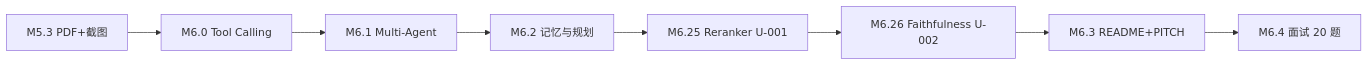
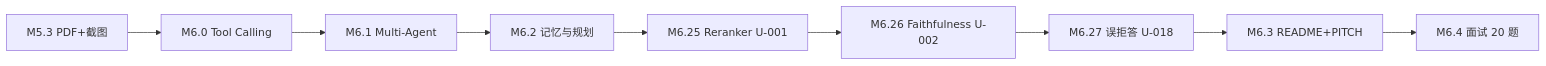
The first of 3 diagrams in docs/steps/M6-steps.md (bigcabbag/ShipLog), drawn with Mermaid before and after one commit. The commit also changed other lines of this file and 7 other files, not shown here.

````diff
--- a/docs/steps/M6-steps.md
+++ b/docs/steps/M6-steps.md
@@ -13,10 +13,11 @@
 ```mermaid
 flowchart LR
   M53[M5.3 PDF+截图] --> M60[M6.0 Tool Calling]
   M60 --> M61[M6.1 Multi-Agent]
   M61 --> M62[M6.2 记忆与规划]
   M62 --> M625[M6.25 Reranker U-001]
   M625 --> M626[M6.26 Faithfulness U-002]
-  M626 --> M63[M6.3 README+PITCH]
+  M626 --> M627[M6.27 误拒答 U-018]
+  M627 --> M63[M6.3 README+PITCH]
   M63 --> M64[M6.4 面试 20 题]
 ```
````
